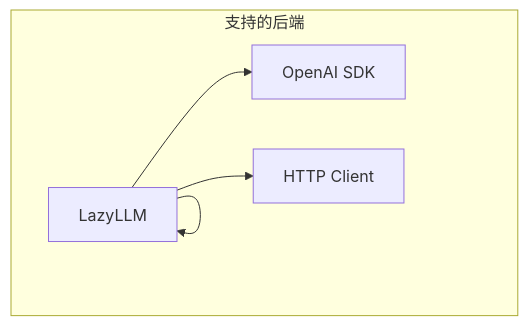
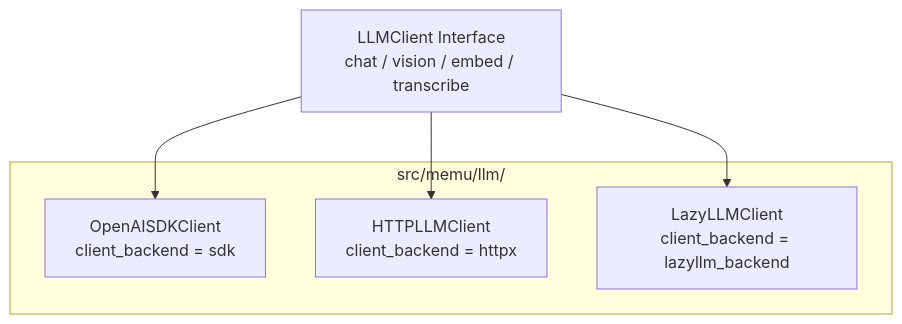
One commit to caicongyang/bloger changed the second of 2 diagrams in memU-analysis/analysis-06-multimodal.md. Above: the diagram before and after it, drawn with Mermaid. The commit also changed other lines of this file and 10 other files, not shown here.

````diff
--- a/memU-analysis/analysis-06-multimodal.md
+++ b/memU-analysis/analysis-06-multimodal.md
@@ -223,14 +247,14 @@
 ```mermaid
 graph TB
-    LLM[LLM Client Interface]
-    
-    subgraph "支持的后端"
-        OAI[OpenAI SDK]
-        HTTP[HTTP Client]
-        LLM[LazyLLM]
+    IF[LLMClient Interface<br/>chat / vision / embed / transcribe]
+
+    subgraph backends["src/memu/llm/"]
+        OAI[OpenAISDKClient<br/>client_backend = sdk]
+        HTTP[HTTPLLMClient<br/>client_backend = httpx]
+        LZ[LazyLLMClient<br/>client_backend = lazyllm_backend]
     end
-    
-    LLM --> OAI
-    LLM --> HTTP
-    LLM --> LLM
+
+    IF --> OAI
+    IF --> HTTP
+    IF --> LZ
 ```
````
